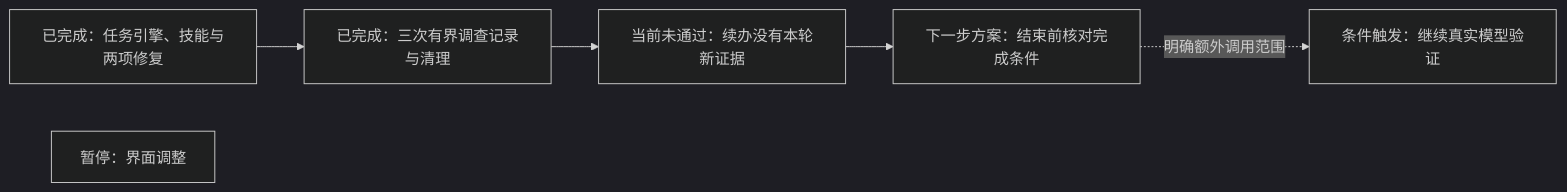
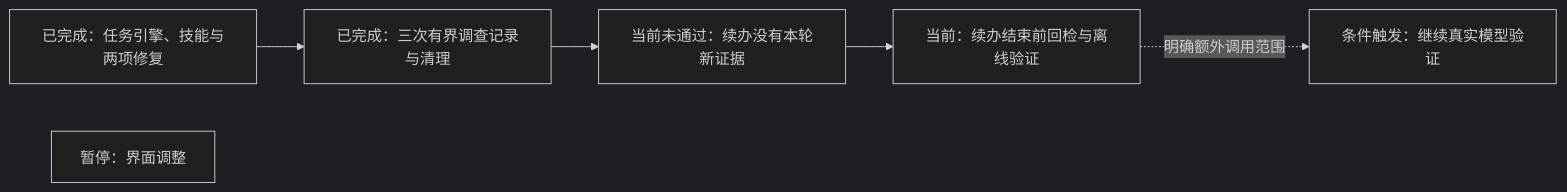
Before and after one commit to Sugarfarmeriod/TunnelMinion: the diagram in docs/project/stages/2026-10-20-agent-task-live-acceptance.md, drawn with Mermaid (dark theme). The commit also changed other lines of this file and 6 other files, not shown here.

````diff
--- a/docs/project/stages/2026-10-20-agent-task-live-acceptance.md
+++ b/docs/project/stages/2026-10-20-agent-task-live-acceptance.md
@@ -38,8 +40,8 @@
 ```mermaid
 flowchart LR
     A["已完成：任务引擎、技能与两项修复"] --> B["已完成：三次有界调查记录与清理"]
     B --> C["当前未通过：续办没有本轮新证据"]
-    C --> D["下一步方案：结束前核对完成条件"]
+    C --> D["当前：续办结束前回检与离线验证"]
     D -.明确额外调用范围.-> E["条件触发：继续真实模型验证"]
     U["暂停：界面调整"]
 ```
````
